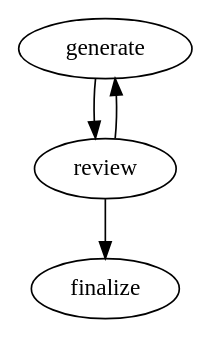
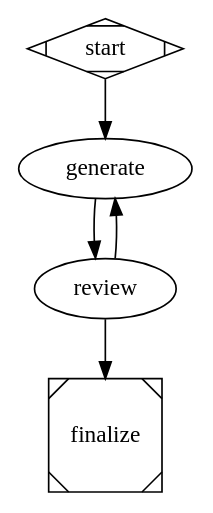
The third of 4 diagrams in docs/tutorials/getting-started.md (jawhnycooke/attractor), drawn with Graphviz before and after one commit. The commit also changed other lines of this file and 5 other files, not shown here.

````diff
--- a/docs/tutorials/getting-started.md
+++ b/docs/tutorials/getting-started.md
@@ -268,25 +315,27 @@
 ```dot
 digraph review_pipeline {
 
+    start [shape=Mdiamond]
+
     generate [
-        handler="codergen"
+        type="codergen"
         prompt="Write a Python function named add(a, b) that returns the sum of two numbers. Save it to add.py."
-        start=true
     ]
 
     review [
-        handler="codergen"
-        prompt="Read add.py and check that it has a function named add() with correct logic. If it looks correct, respond ONLY with the word: PASS. If there is a problem, respond ONLY with the word: FAIL."
+        type="codergen"
+        prompt="Read add.py and check that it has a function named add() with correct logic. If it looks correct, respond ONLY with the single word: PASS. If there is a problem, respond ONLY with the single word: FAIL. No punctuation, no explanation — just the word."
     ]
 
     finalize [
-        handler="codergen"
+        type="codergen"
         prompt="The code review passed. Write a short summary to summary.txt confirming that add.py is correct."
-        terminal=true
+        shape=Msquare
     ]
 
+    start -> generate
     generate -> review
-    review -> finalize  [condition="last_codergen_output == 'PASS'" priority=1]
-    review -> generate  [condition="last_codergen_output == 'FAIL'" priority=2]
+    review -> finalize  [condition="last_codergen_output = PASS" weight=1]
+    review -> generate  [condition="last_codergen_output = FAIL" weight=2]
 }
 ```
````
